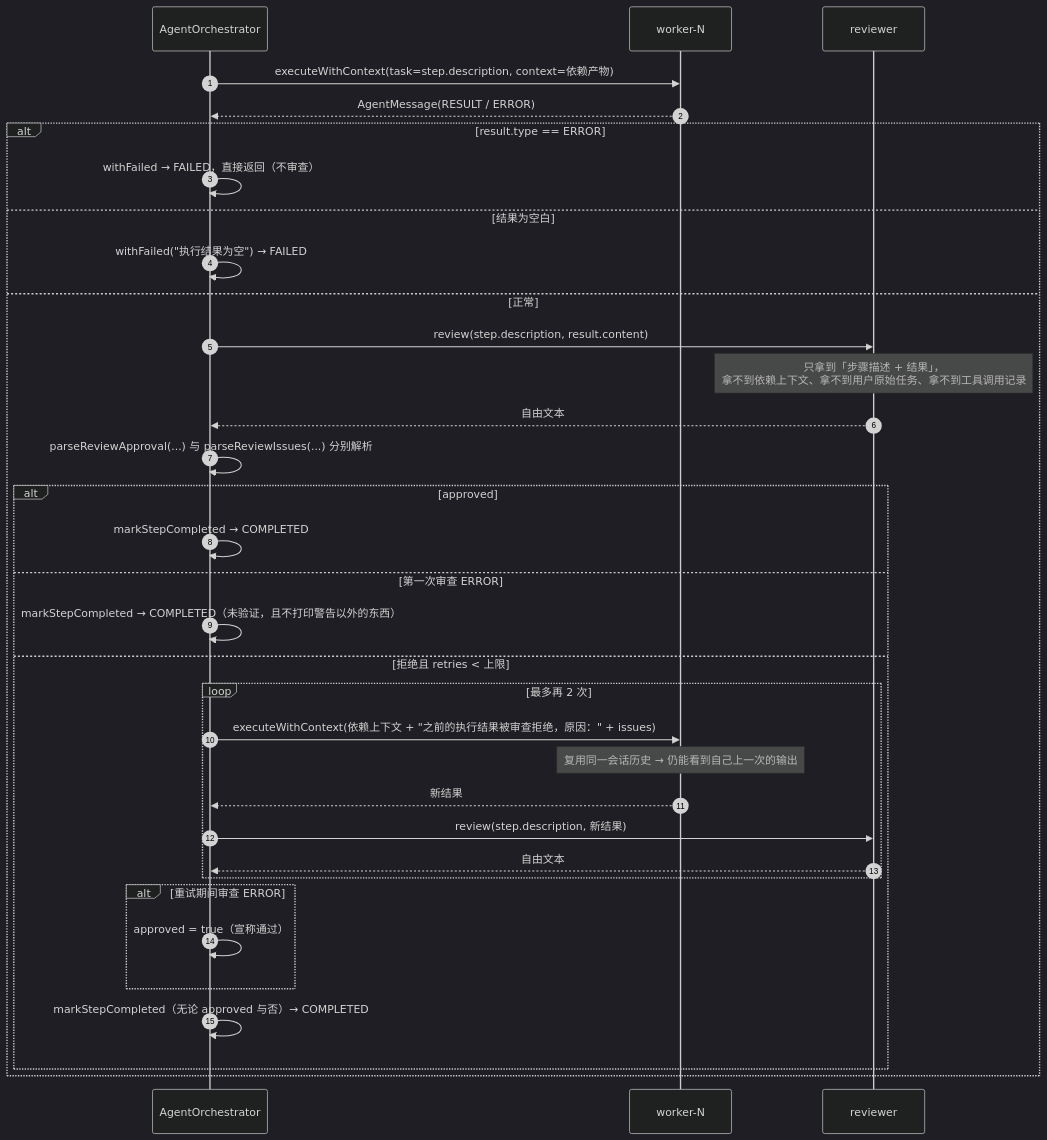
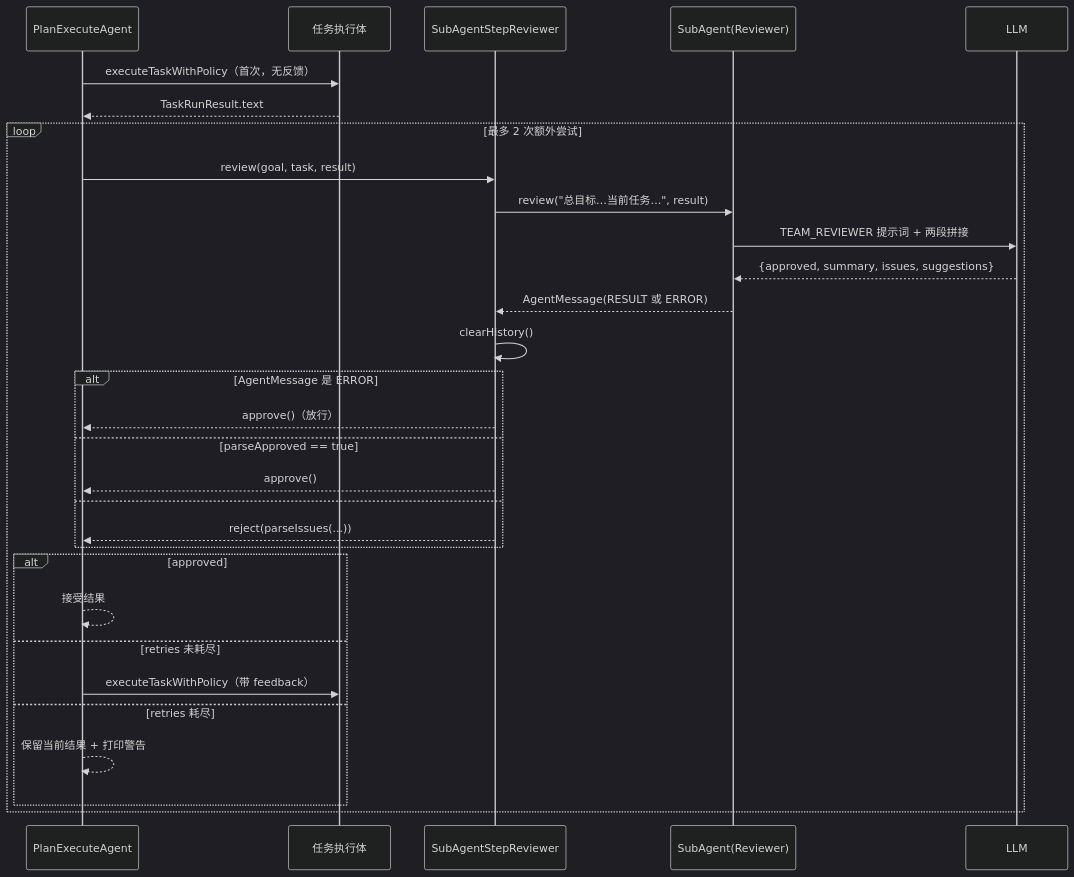
Before and after one commit to zgjdev/Code-Agent: the third of 5 diagrams in docs/dev/03-multi-agent-collaboration.md, drawn with Mermaid (dark theme). The commit also changed other lines of this file and 42 other files, not shown here.

First line of the commit message:
refactor: unify plan-and-execute with multi-agent collaboration

````diff
--- a/docs/dev/03-multi-agent-collaboration.md
+++ b/docs/dev/03-multi-agent-collaboration.md
@@ -527,37 +435,33 @@
 ```mermaid
 sequenceDiagram
-    autonumber
-    participant O as AgentOrchestrator
-    participant W as worker-N
-    participant R as reviewer
+    participant P as PlanExecuteAgent
+    participant X as 任务执行体
+    participant R as SubAgentStepReviewer
+    participant S as SubAgent(Reviewer)
+    participant L as LLM
 
-    O->>W: executeWithContext(task=step.description, context=依赖产物)
-    W-->>O: AgentMessage(RESULT / ERROR)
-    alt result.type == ERROR
-        O->>O: withFailed → FAILED，直接返回（不审查）
-    else 结果为空白
-        O->>O: withFailed("执行结果为空") → FAILED
-    else 正常
-        O->>R: review(step.description, result.content)
-        Note over R: 只拿到「步骤描述 + 结果」，<br/>拿不到依赖上下文、拿不到用户原始任务、拿不到工具调用记录
-        R-->>O: 自由文本
-        O->>O: parseReviewApproval(...) 与 parseReviewIssues(...) 分别解析
+    P->>X: executeTaskWithPolicy（首次，无反馈）
+    X-->>P: TaskRunResult.text
+    loop 最多 2 次额外尝试
+        P->>R: review(goal, task, result)
+        R->>S: review("总目标…当前任务…", result)
+        S->>L: TEAM_REVIEWER 提示词 + 两段拼接
+        L-->>S: {approved, summary, issues, suggestions}
+        S-->>R: AgentMessage(RESULT 或 ERROR)
+        R->>R: clearHistory()
+        alt AgentMessage 是 ERROR
+            R-->>P: approve()（放行）
+        else parseApproved == true
+            R-->>P: approve()
+        else
+            R-->>P: reject(parseIssues(...))
+        end
         alt approved
-            O->>O: markStepCompleted → COMPLETED
-        else 第一次审查 ERROR
-            O->>O: markStepCompleted → COMPLETED（未验证，且不打印警告以外的东西）
-        else 拒绝且 retries < 上限
-            loop 最多再 2 次
-                O->>W: executeWithContext(依赖上下文 + "之前的执行结果被审查拒绝，原因：" + issues)
-                Note over W: 复用同一会话历史 → 仍能看到自己上一次的输出
-                W-->>O: 新结果
-                O->>R: review(step.description, 新结果)
-                R-->>O: 自由文本
-            end
-            alt 重试期间审查 ERROR
-                O->>O: approved = true（宣称通过）
-            end
-            O->>O: markStepCompleted（无论 approved 与否）→ COMPLETED
+            P-->>P: 接受结果
+        else retries 未耗尽
+            P->>X: executeTaskWithPolicy（带 feedback）
+        else retries 耗尽
+            P-->>P: 保留当前结果 + 打印警告
         end
     end
 ```
````
